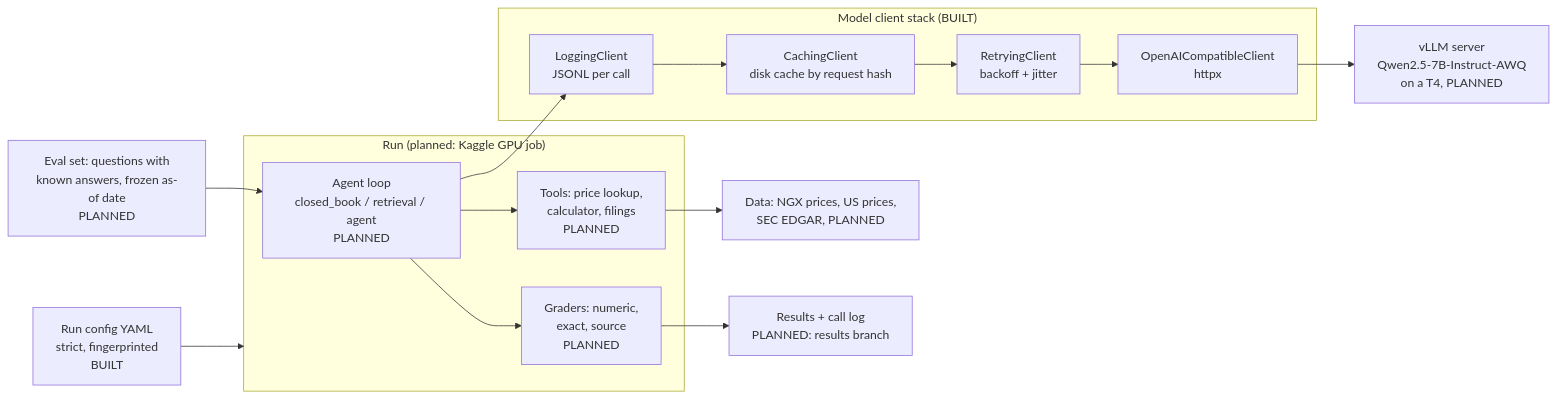
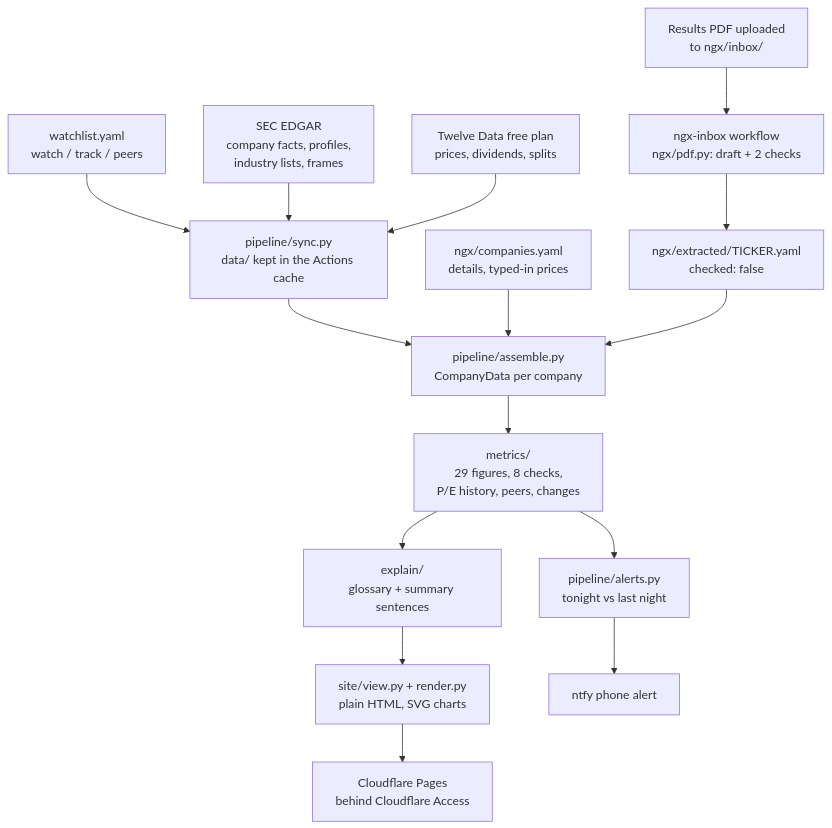
Before and after one commit to MelvTheGoat/Study-: the diagram in Stocks/01-system-design.md, drawn with Mermaid. The commit also changed other lines of this file and 15 other files, not shown here.

````diff
--- a/Stocks/01-system-design.md
+++ b/Stocks/01-system-design.md
@@ -15,27 +15,18 @@
 ```mermaid
-flowchart LR
-    CFG[Run config YAML<br/>strict, fingerprinted<br/>BUILT] --> RUN
+flowchart TB
+    WL[watchlist.yaml<br/>watch / track / peers] --> SYNC
+    SEC[SEC EDGAR<br/>company facts, profiles,<br/>industry lists, frames] --> SYNC
+    TD[Twelve Data free plan<br/>prices, dividends, splits] --> SYNC
+    SYNC[pipeline/sync.py<br/>data/ kept in the Actions cache] --> ASM
 
-    subgraph RUN["Run (planned: Kaggle GPU job)"]
-        AG[Agent loop<br/>closed_book / retrieval / agent<br/>PLANNED]
-        TOOLS[Tools: price lookup,<br/>calculator, filings<br/>PLANNED]
-        GR[Graders: numeric,<br/>exact, source<br/>PLANNED]
-    end
+    PDF[Results PDF uploaded<br/>to ngx/inbox/] --> READ[ngx-inbox workflow<br/>ngx/pdf.py: draft + 2 checks]
+    READ --> EXT[ngx/extracted/TICKER.yaml<br/>checked: false]
+    NGXY[ngx/companies.yaml<br/>details, typed-in prices] --> ASM
+    EXT --> ASM
 
-    subgraph CLIENT["Model client stack (BUILT)"]
-        LOG[LoggingClient<br/>JSONL per call]
-        CACHE[CachingClient<br/>disk cache by request hash]
-        RETRY[RetryingClient<br/>backoff + jitter]
-        HTTP[OpenAICompatibleClient<br/>httpx]
-    end
-
-    VLLM[vLLM server<br/>Qwen2.5-7B-Instruct-AWQ<br/>on a T4, PLANNED]
-
-    DATA[Data: NGX prices, US prices,<br/>SEC EDGAR, PLANNED]
-    EVAL[Eval set: questions with<br/>known answers, frozen as-of date<br/>PLANNED]
-
-    AG --> LOG --> CACHE --> RETRY --> HTTP --> VLLM
-    AG --> TOOLS --> DATA
-    EVAL --> AG
-    AG --> GR --> RES[Results + call log<br/>PLANNED: results branch]
+    ASM[pipeline/assemble.py<br/>CompanyData per company] --> MET[metrics/<br/>29 figures, 8 checks,<br/>P/E history, peers, changes]
+    MET --> EXP[explain/<br/>glossary + summary sentences]
+    EXP --> SITE[site/view.py + render.py<br/>plain HTML, SVG charts]
+    SITE --> CF[Cloudflare Pages<br/>behind Cloudflare Access]
+    MET --> AL[pipeline/alerts.py<br/>tonight vs last night] --> NTFY[ntfy phone alert]
 ```
````
